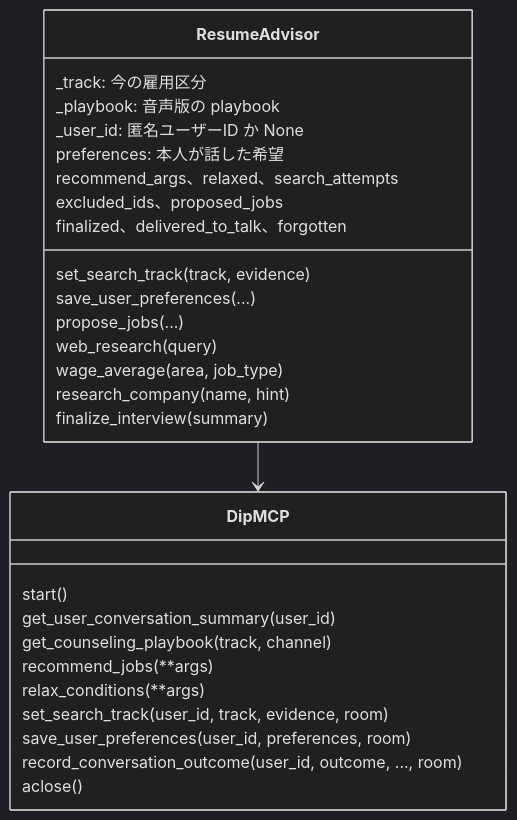
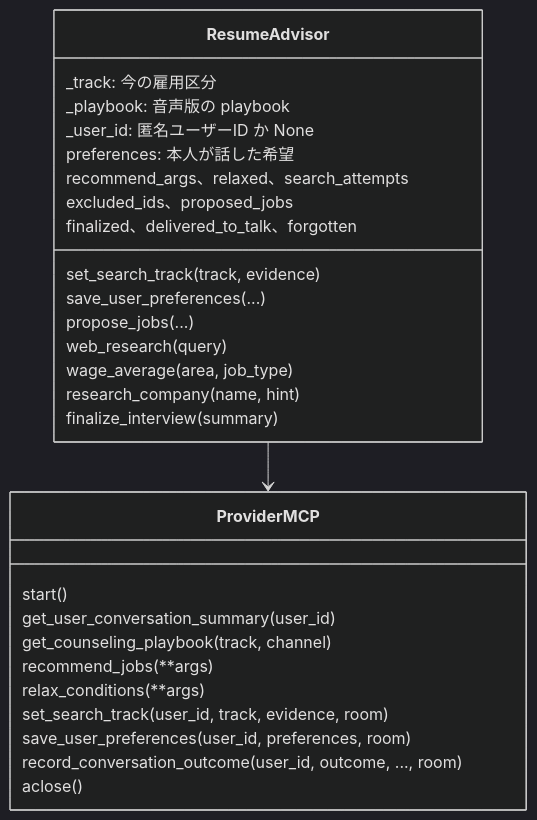
Before and after one commit to jyoka/aica: the third of 12 diagrams in docs/architecture/lld.md, drawn with Mermaid (dark theme). The commit also changed other lines of this file and 389 other files, not shown here.

````diff
--- a/docs/architecture/lld.md
+++ b/docs/architecture/lld.md
@@ -330,31 +331,31 @@
 ```mermaid
 classDiagram
     class ResumeAdvisor {
         _track: 今の雇用区分
         _playbook: 音声版の playbook
         _user_id: 匿名ユーザーID か None
         preferences: 本人が話した希望
         recommend_args、relaxed、search_attempts
         excluded_ids、proposed_jobs
         finalized、delivered_to_talk、forgotten
         set_search_track(track, evidence)
         save_user_preferences(...)
         propose_jobs(...)
         web_research(query)
         wage_average(area, job_type)
         research_company(name, hint)
         finalize_interview(summary)
     }
-    class DipMCP {
+    class ProviderMCP {
         start()
         get_user_conversation_summary(user_id)
         get_counseling_playbook(track, channel)
         recommend_jobs(**args)
         relax_conditions(**args)
         set_search_track(user_id, track, evidence, room)
         save_user_preferences(user_id, preferences, room)
         record_conversation_outcome(user_id, outcome, ..., room)
         aclose()
     }
-    ResumeAdvisor --> DipMCP
+    ResumeAdvisor --> ProviderMCP
 ```
````
